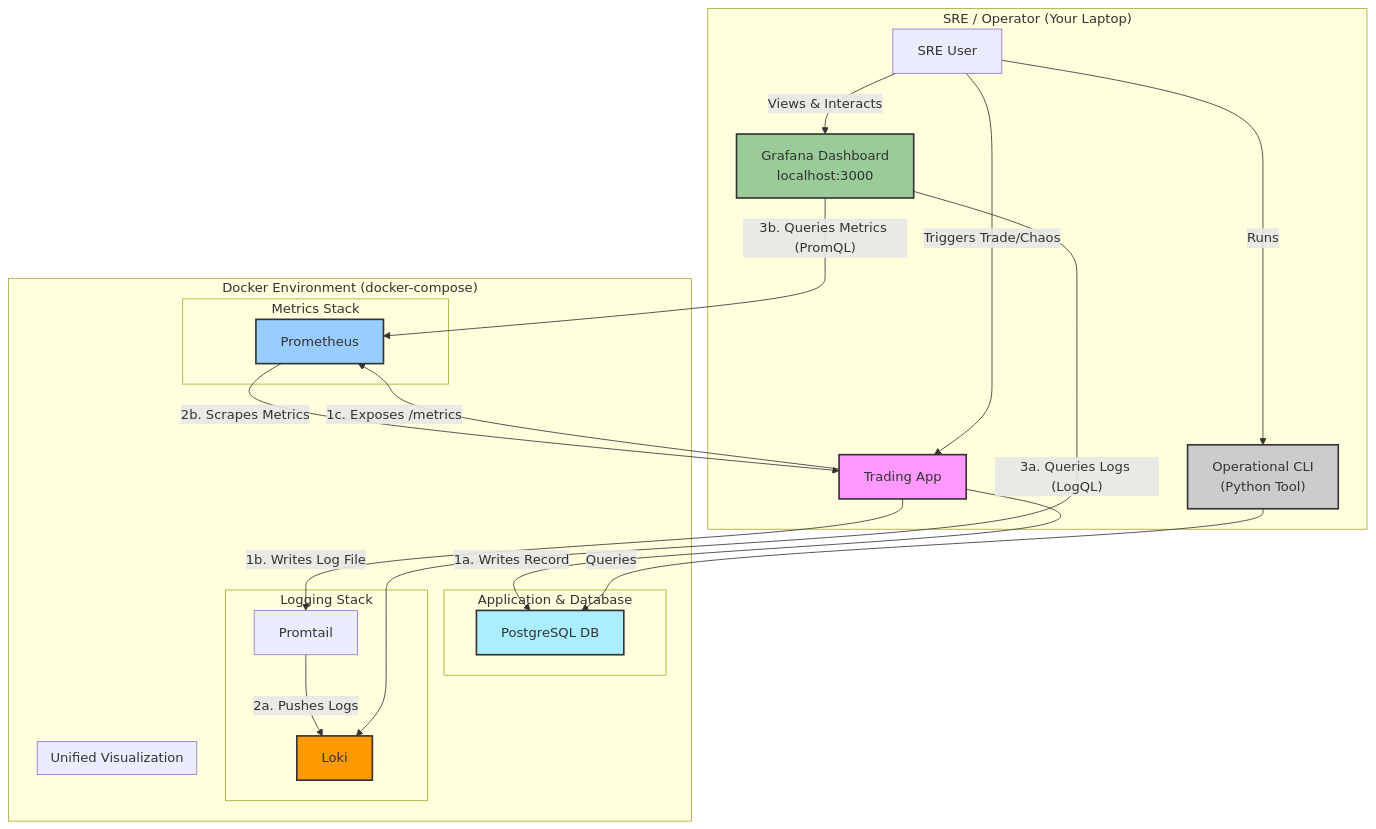
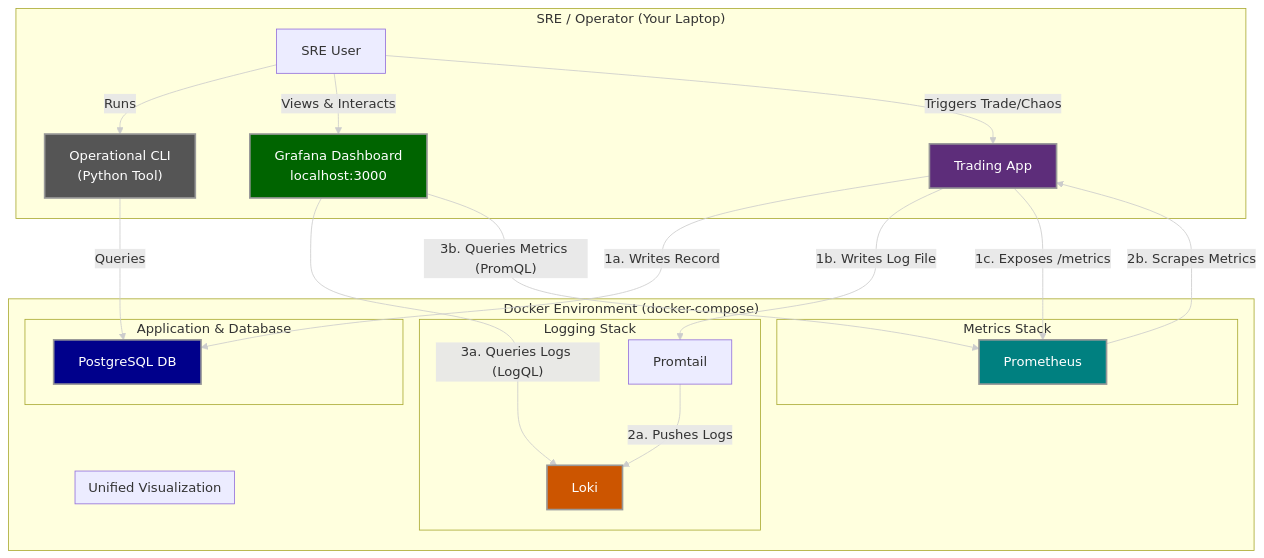
One commit to subash2021/sre-project-demo changed the diagram in README.md. Above: the diagram before and after it, drawn with Mermaid.

````diff
--- a/README.md
+++ b/README.md
@@ -3,39 +3,46 @@
 ```mermaid
    graph TD
+    %% --- THEME DEFINITIONS ---
+    %% Define styles for nodes
+    style D fill:#5d2d7a,color:#fff,stroke:#999,stroke-width:2px
+    style C fill:#006400,color:#fff,stroke:#999,stroke-width:2px
+    style E fill:#00008B,color:#fff,stroke:#999,stroke-width:2px
+    style G fill:#CC5500,color:#fff,stroke:#999,stroke-width:2px
+    style H fill:#008080,color:#fff,stroke:#999,stroke-width:2px
+    style B fill:#555,color:#fff,stroke:#999,stroke-width:2px
+    
+    %% Define style for the arrows/links
+    linkStyle default stroke:#ccc,stroke-width:1px
+
+
+    %% --- DIAGRAM STRUCTURE ---
     subgraph "SRE / Operator (Your Laptop)"
         A[SRE User] -- Runs --> B["Operational CLI\n(Python Tool)"];
         A -- Views & Interacts --> C["Grafana Dashboard\nlocalhost:3000"];
         A -- Triggers Trade/Chaos --> D[Trading App];
     end
 
     subgraph "Docker Environment (docker-compose)"
         
         subgraph "Application & Database"
             D -- "1a. Writes Record" --> E[PostgreSQL DB];
             B -- Queries --> E;
         end
 
         subgraph "Logging Stack"
             D -- "1b. Writes Log File" --> F[Promtail];
             F -- "2a. Pushes Logs" --> G[Loki];
         end
 
         subgraph "Metrics Stack"
             D -- "1c. Exposes /metrics" --> H[Prometheus];
             H -- "2b. Scrapes Metrics" --> D;
         end
 
         subgraph "Unified Visualization"
             C -- "3a. Queries Logs (LogQL)" --> G;
             C -- "3b. Queries Metrics (PromQL)" --> H;
         end
 
     end
-
-    style D fill:#f9f,stroke:#333,stroke-width:2px
-    style C fill:#9c9,stroke:#333,stroke-width:2px
-    style E fill:#aef,stroke:#333,stroke-width:2px
-    style G fill:#f90,stroke:#333,stroke-width:2px
-    style H fill:#9cf,stroke:#333,stroke-width:2px
-    style B fill:#ccc,stroke:#333,stroke-width:2px
 ```
````
